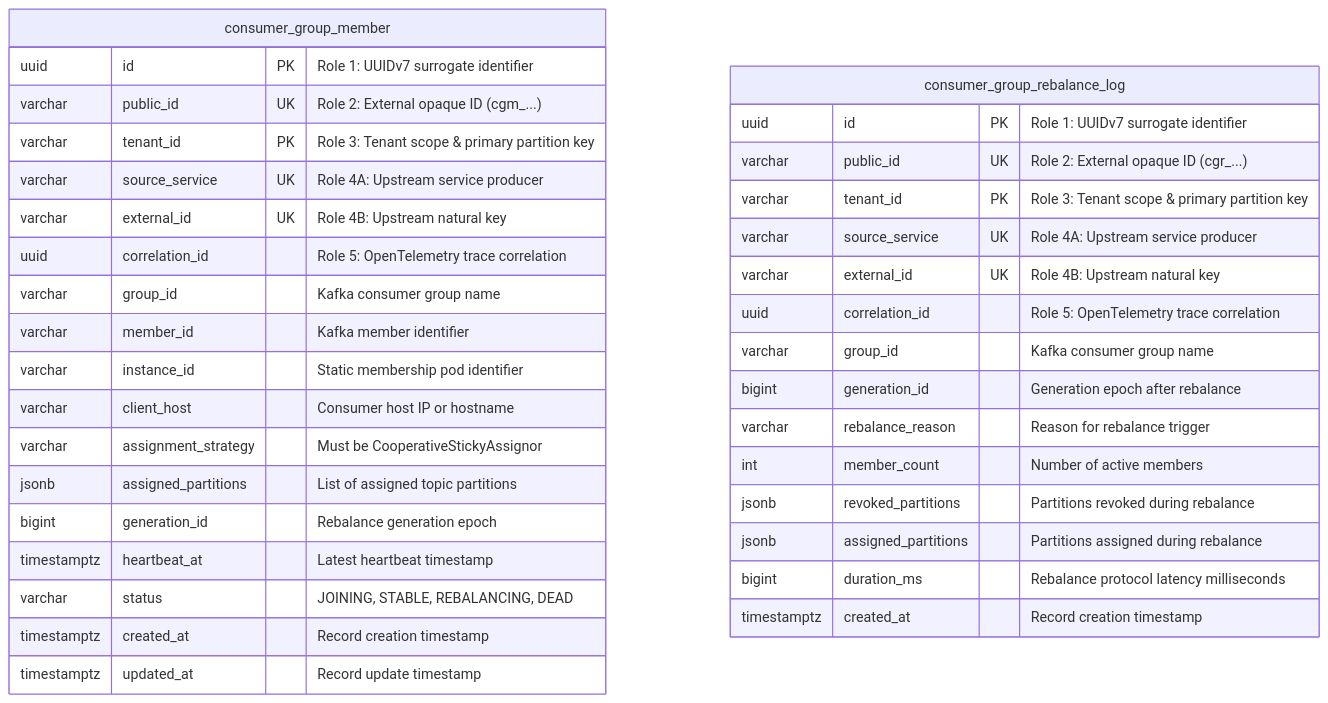
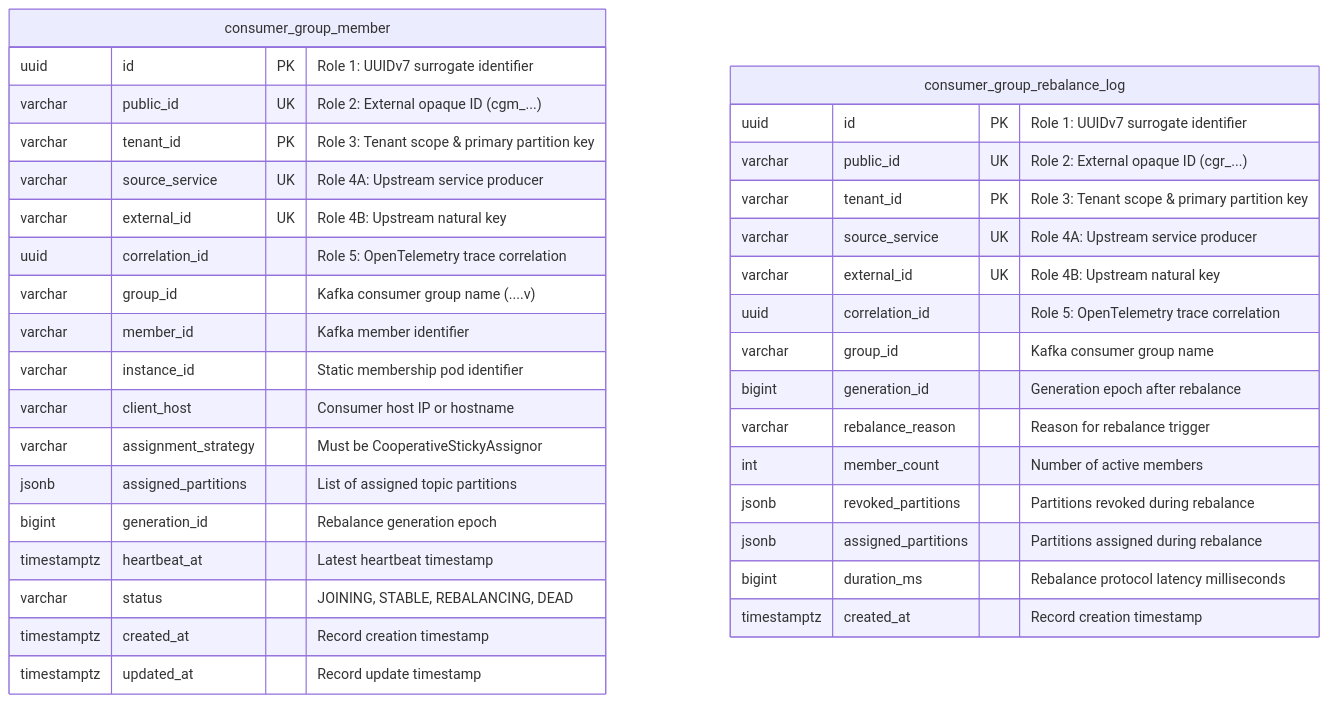
One commit to Chief-Strategist-J/event-driven-platform changed the first of 4 diagrams in docs/features/consumer-groups/adr.md. Above: the diagram before and after it, drawn with Mermaid. The commit also changed other lines of this file, not shown here.

Commit message:
docs(consumer-groups): expand ADR with invariants, watchdog ladder, and fencing sequence

````diff
--- a/docs/features/consumer-groups/adr.md
+++ b/docs/features/consumer-groups/adr.md
@@ -34,39 +49,39 @@
 ```mermaid
 erDiagram
     consumer_group_member {
         uuid id PK "Role 1: UUIDv7 surrogate identifier"
         varchar public_id UK "Role 2: External opaque ID (cgm_...)"
         varchar tenant_id PK "Role 3: Tenant scope & primary partition key"
         varchar source_service UK "Role 4A: Upstream service producer"
         varchar external_id UK "Role 4B: Upstream natural key"
         uuid correlation_id "Role 5: OpenTelemetry trace correlation"
-        varchar group_id "Kafka consumer group name"
+        varchar group_id "Kafka consumer group name (<env>.<domain>.<service>.<handler>.v<n>)"
         varchar member_id "Kafka member identifier"
         varchar instance_id "Static membership pod identifier"
         varchar client_host "Consumer host IP or hostname"
         varchar assignment_strategy "Must be CooperativeStickyAssignor"
         jsonb assigned_partitions "List of assigned topic partitions"
         bigint generation_id "Rebalance generation epoch"
         timestamptz heartbeat_at "Latest heartbeat timestamp"
         varchar status "JOINING, STABLE, REBALANCING, DEAD"
         timestamptz created_at "Record creation timestamp"
         timestamptz updated_at "Record update timestamp"
     }
 
     consumer_group_rebalance_log {
         uuid id PK "Role 1: UUIDv7 surrogate identifier"
         varchar public_id UK "Role 2: External opaque ID (cgr_...)"
         varchar tenant_id PK "Role 3: Tenant scope & primary partition key"
         varchar source_service UK "Role 4A: Upstream service producer"
         varchar external_id UK "Role 4B: Upstream natural key"
         uuid correlation_id "Role 5: OpenTelemetry trace correlation"
         varchar group_id "Kafka consumer group name"
         bigint generation_id "Generation epoch after rebalance"
         varchar rebalance_reason "Reason for rebalance trigger"
         int member_count "Number of active members"
         jsonb revoked_partitions "Partitions revoked during rebalance"
         jsonb assigned_partitions "Partitions assigned during rebalance"
         bigint duration_ms "Rebalance protocol latency milliseconds"
         timestamptz created_at "Record creation timestamp"
     }
 ```
````
